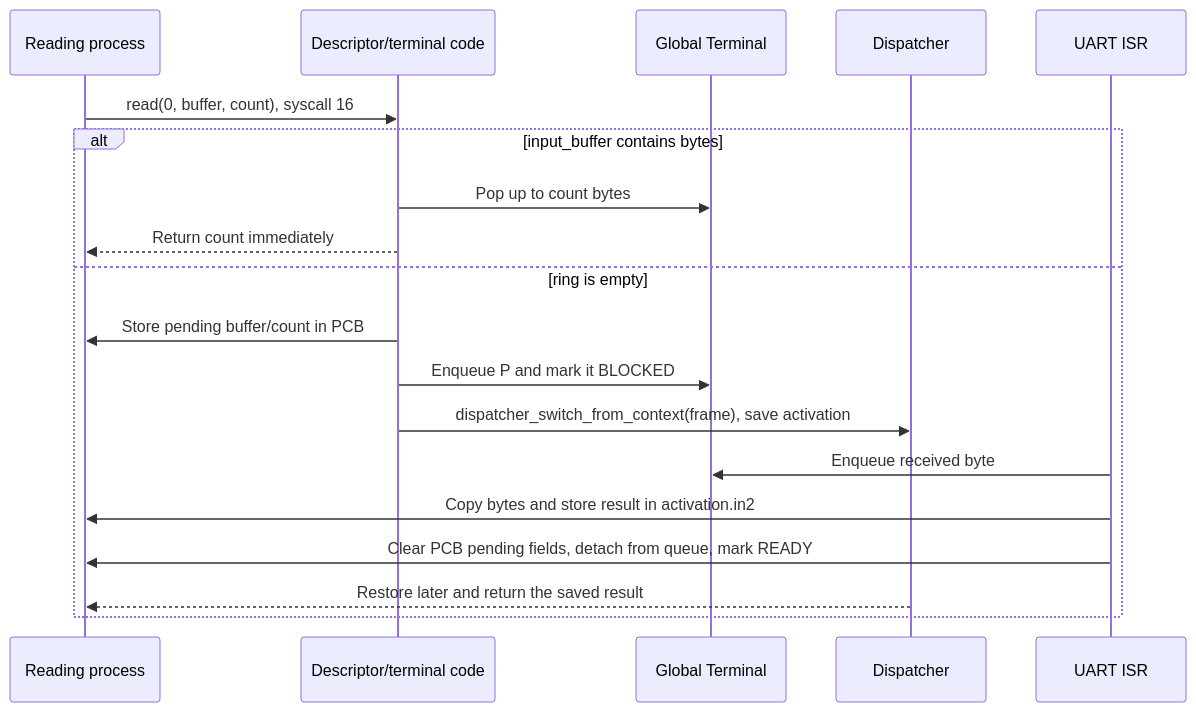
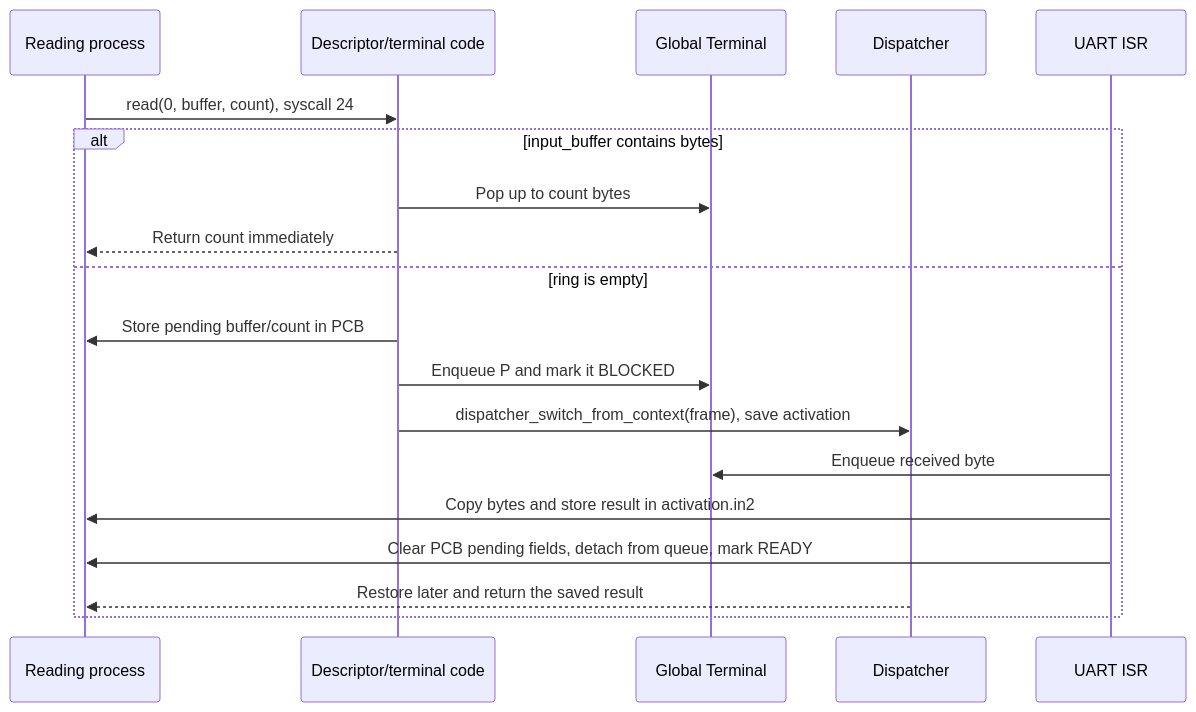
Diagram 21 of 30 in README.md (matthejue/Pico-OS), drawn with Mermaid before and after one commit. The commit also changed other lines of this file and 8 other files, not shown here.

````diff
--- a/README.md
+++ b/README.md
@@ -2900,22 +2897,22 @@
 ```mermaid
 sequenceDiagram
     participant P as Reading process
     participant K as Descriptor/terminal code
     participant T as Global Terminal
     participant D as Dispatcher
     participant U as UART ISR
 
-    P->>K: read(0, buffer, count), syscall 16
+    P->>K: read(0, buffer, count), syscall 24
     alt input_buffer contains bytes
         K->>T: Pop up to count bytes
         K-->>P: Return count immediately
     else ring is empty
         K->>P: Store pending buffer/count in PCB
         K->>T: Enqueue P and mark it BLOCKED
         K->>D: dispatcher_switch_from_context(frame), save activation
         U->>T: Enqueue received byte
         U->>P: Copy bytes and store result in activation.in2
         U->>P: Clear PCB pending fields, detach from queue, mark READY
         D-->>P: Restore later and return the saved result
     end
 ```
````
